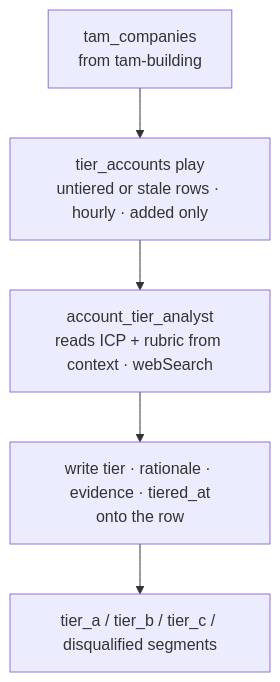
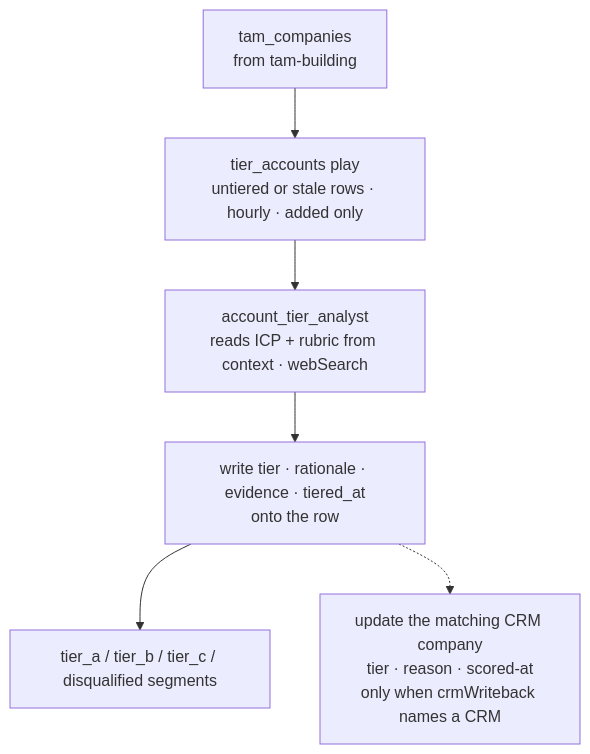
One commit to getcargohq/gtm-skills changed the diagram in account-scoring/README.md. Above: the diagram before and after it, drawn with Mermaid. The commit also changed other lines of this file and 48 other files, not shown here.

First line of the commit message:
account-scoring: write the tier back to HubSpot or Salesforce, and make the re-score window a setting (#93)

````diff
--- a/account-scoring/README.md
+++ b/account-scoring/README.md
@@ -67,10 +85,12 @@
 ```mermaid
 flowchart TD
     tam["tam_companies<br/>from tam-building"]
     play["tier_accounts play<br/>untiered or stale rows · hourly · added only"]
     agent["account_tier_analyst<br/>reads ICP + rubric from context · webSearch"]
     write["write tier · rationale · evidence · tiered_at<br/>onto the row"]
     segments["tier_a / tier_b / tier_c / disqualified segments"]
+    crm["update the matching CRM company<br/>tier · reason · scored-at<br/>only when crmWriteback names a CRM"]
 
     tam --> play --> agent --> write --> segments
+    write -.-> crm
 ```
````
